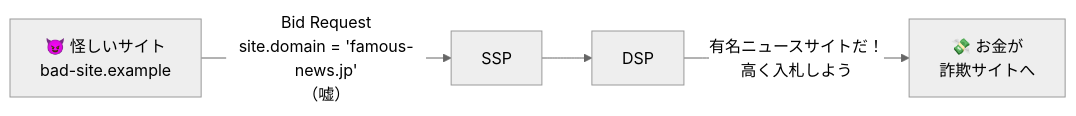
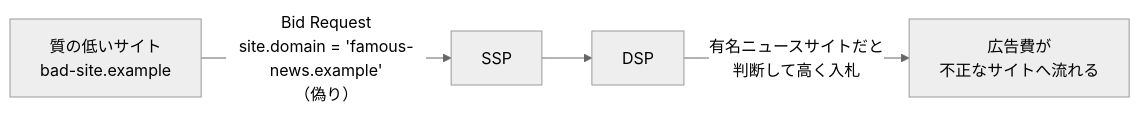
The first of 2 diagrams in docs/08-quality-fraud.md (yasut0ra/rtb-study), drawn with Mermaid (neutral theme) before and after one commit. The commit also changed other lines of this file and 36 other files, not shown here.

````diff
--- a/docs/08-quality-fraud.md
+++ b/docs/08-quality-fraud.md
@@ -37,6 +30,6 @@
 ```mermaid
 flowchart LR
-    FAKE["😈 怪しいサイト<br/>bad-site.example"] -- "Bid Request<br/>site.domain = 'famous-news.jp'<br/>（嘘）" --> SSP["SSP"]
+    FAKE["質の低いサイト<br/>bad-site.example"] -- "Bid Request<br/>site.domain = 'famous-news.example'<br/>（偽り）" --> SSP["SSP"]
     SSP --> DSP["DSP"]
-    DSP -- "有名ニュースサイトだ！<br/>高く入札しよう" --> PAY["💸 お金が<br/>詐欺サイトへ"]
+    DSP -- "有名ニュースサイトだと<br/>判断して高く入札" --> PAY["広告費が<br/>不正なサイトへ流れる"]
 ```
````
